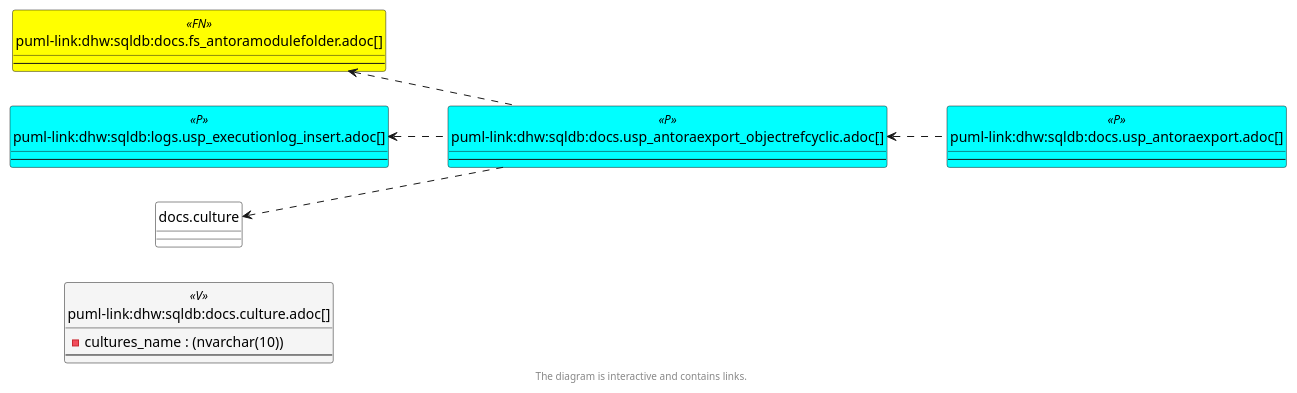
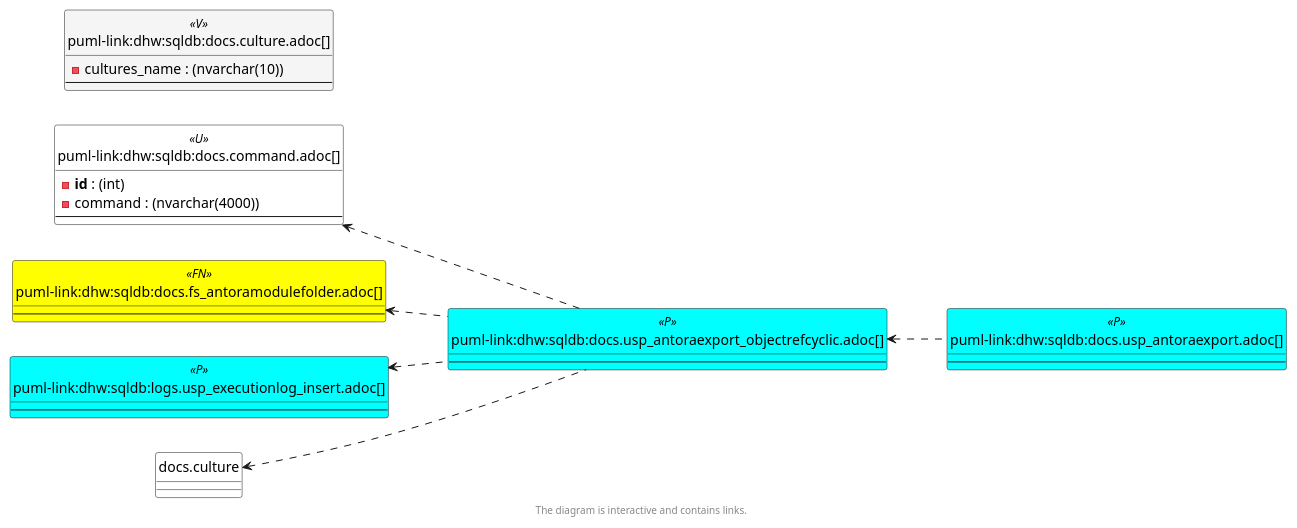
Before and after one commit to DataHandwerk/dhw-antora-sqldb: the sixth of 6 diagrams in docs/modules/sqldb/partials/content/docs.usp_antoraexport_objectrefcyclic.adoc, drawn with PlantUML. The commit also changed other lines of this file and 701 other files, not shown here.

```diff
--- a/docs/modules/sqldb/partials/content/docs.usp_antoraexport_objectrefcyclic.adoc
+++ b/docs/modules/sqldb/partials/content/docs.usp_antoraexport_objectrefcyclic.adoc
@@ -891,61 +913,68 @@
 [plantuml, entity_1_1_colref-{docname}, svg, subs=macros]
 ....
 @startuml
 left to right direction
 'top to bottom direction
 hide circle
 'avoide "." issues:
 set namespaceSeparator none
 
 
 skinparam class {
   BackgroundColor White
   BackgroundColor<<FN>> Yellow
   BackgroundColor<<FS>> Yellow
   BackgroundColor<<FT>> LightGray
   BackgroundColor<<IF>> Yellow
   BackgroundColor<<IS>> Yellow
   BackgroundColor<<P>>  Aqua
   BackgroundColor<<PC>> Aqua
   BackgroundColor<<SN>> Yellow
   BackgroundColor<<SO>> SlateBlue
   BackgroundColor<<TF>> LightGray
   BackgroundColor<<TR>> Tomato
   BackgroundColor<<U>>  White
   BackgroundColor<<V>>  WhiteSmoke
   BackgroundColor<<X>>  Aqua
   BackgroundColor<<external>> AliceBlue
 }
 
 
+entity "puml-link:dhw:sqldb:docs.command.adoc[]" as docs.command << U >> {
+  - **id** : (int)
+  - command : (nvarchar(4000))
+  --
+}
+
 entity "puml-link:dhw:sqldb:docs.culture.adoc[]" as docs.Culture << V >> {
   - cultures_name : (nvarchar(10))
   --
 }
 
 entity "puml-link:dhw:sqldb:docs.fs_antoramodulefolder.adoc[]" as docs.fs_AntoraModuleFolder << FN >> {
   --
 }
 
 entity "puml-link:dhw:sqldb:docs.usp_antoraexport.adoc[]" as docs.usp_AntoraExport << P >> {
   --
 }
 
 entity "puml-link:dhw:sqldb:docs.usp_antoraexport_objectrefcyclic.adoc[]" as docs.usp_AntoraExport_ObjectRefCyclic << P >> {
   --
 }
 
 entity "puml-link:dhw:sqldb:logs.usp_executionlog_insert.adoc[]" as logs.usp_ExecutionLog_insert << P >> {
   --
 }
 
+docs.command <.. docs.usp_AntoraExport_ObjectRefCyclic
 docs.culture <.. docs.usp_AntoraExport_ObjectRefCyclic
 docs.fs_AntoraModuleFolder <.. docs.usp_AntoraExport_ObjectRefCyclic
 docs.usp_AntoraExport_ObjectRefCyclic <.. docs.usp_AntoraExport
 logs.usp_ExecutionLog_insert <.. docs.usp_AntoraExport_ObjectRefCyclic
 
 
 footer The diagram is interactive and contains links.
 
 @enduml
 ....
```
